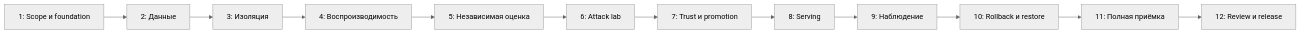
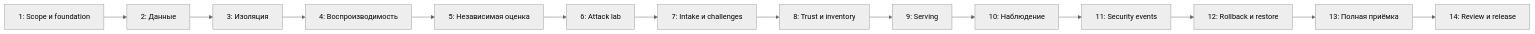
The diagram in tasks/plan.md (Abrakadabra124/trusted-mlsecops-platform), drawn with Mermaid (neutral theme) before and after one commit. The commit also changed other lines of this file and 21 other files, not shown here.

Commit message:
Research global MLSecOps practices and strengthen assurance roadmap

````diff
--- a/tasks/plan.md
+++ b/tasks/plan.md
@@ -11,14 +11,16 @@
 ```mermaid
 flowchart LR
     W1[1: Scope и foundation] --> W2[2: Данные]
     W2 --> W3[3: Изоляция]
     W3 --> W4[4: Воспроизводимость]
     W4 --> W5[5: Независимая оценка]
     W5 --> W6[6: Attack lab]
-    W6 --> W7[7: Trust и promotion]
-    W7 --> W8[8: Serving]
-    W8 --> W9[9: Наблюдение]
-    W9 --> W10[10: Rollback и restore]
-    W10 --> W11[11: Полная приёмка]
-    W11 --> W12[12: Review и release]
+    W6 --> W7[7: Intake и challenges]
+    W7 --> W8[8: Trust и inventory]
+    W8 --> W9[9: Serving]
+    W9 --> W10[10: Наблюдение]
+    W10 --> W11[11: Security events]
+    W11 --> W12[12: Rollback и restore]
+    W12 --> W13[13: Полная приёмка]
+    W13 --> W14[14: Review и release]
 ```
````
